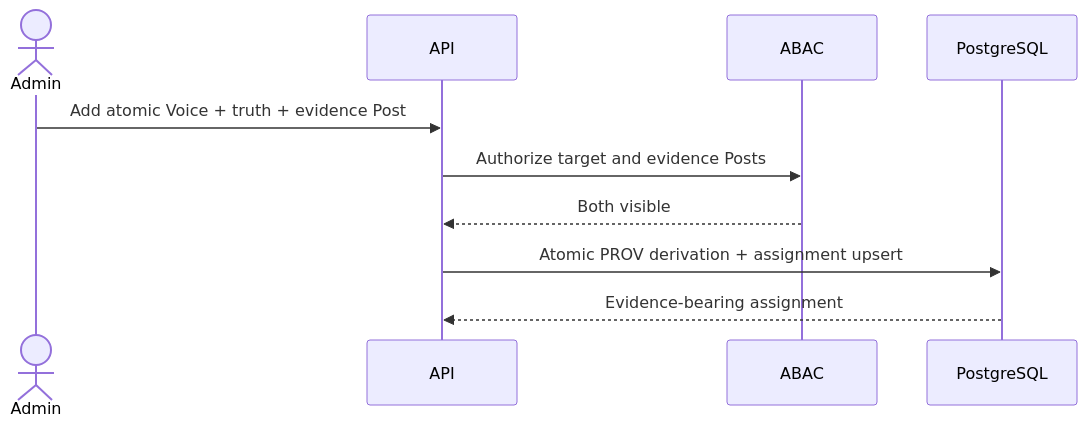
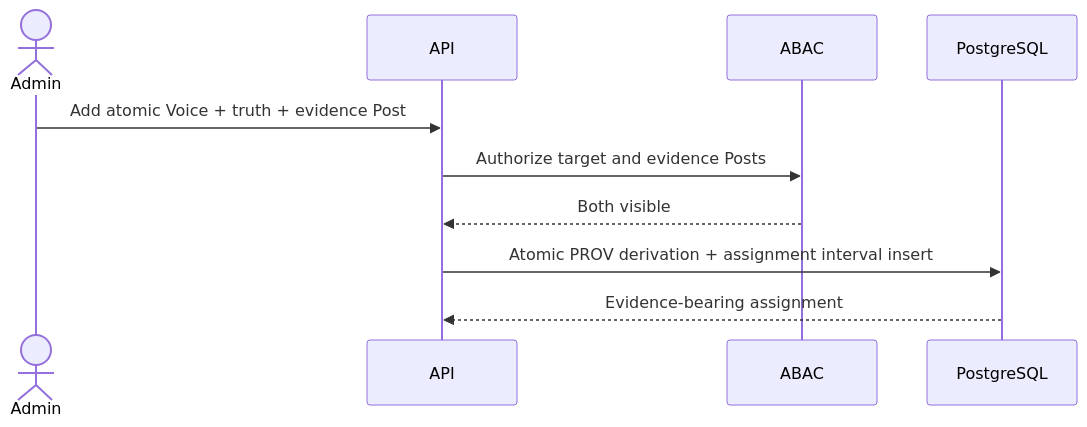
One commit to ContextualWisdomLab/LineageWeave changed the second of 2 diagrams in docs/adr/0256-evidence-bearing-voice-combinations.md. Above: the diagram before and after it, drawn with Mermaid. The commit also changed 1 other file, not shown here.

Commit message:
docs(voice): align history descriptions with retained intervals

````diff
--- a/docs/adr/0256-evidence-bearing-voice-combinations.md
+++ b/docs/adr/0256-evidence-bearing-voice-combinations.md
@@ -149,12 +149,12 @@
 ```mermaid
 sequenceDiagram
   actor Admin
   participant API
   participant ABAC
   participant PostgreSQL
   Admin->>API: Add atomic Voice + truth + evidence Post
   API->>ABAC: Authorize target and evidence Posts
   ABAC-->>API: Both visible
-  API->>PostgreSQL: Atomic PROV derivation + assignment upsert
+  API->>PostgreSQL: Atomic PROV derivation + assignment interval insert
   PostgreSQL-->>API: Evidence-bearing assignment
 ```
````
